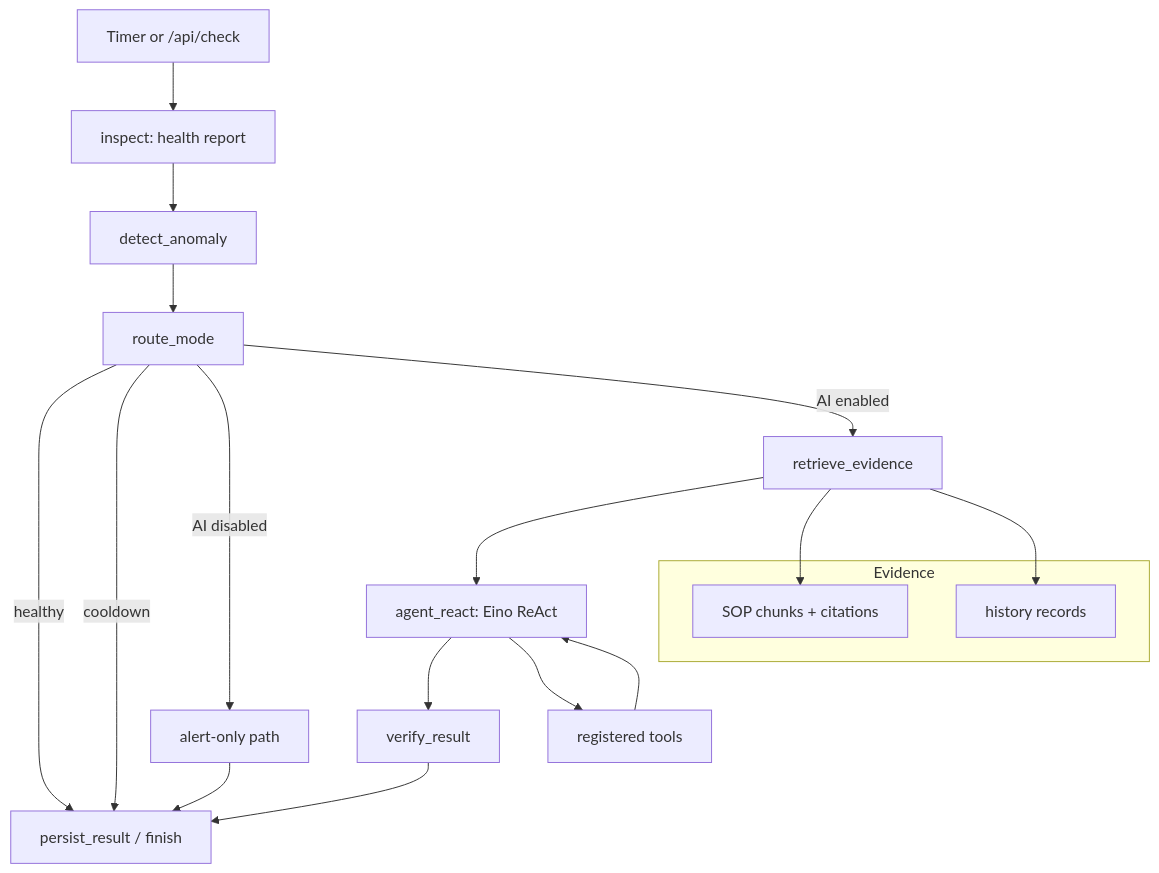
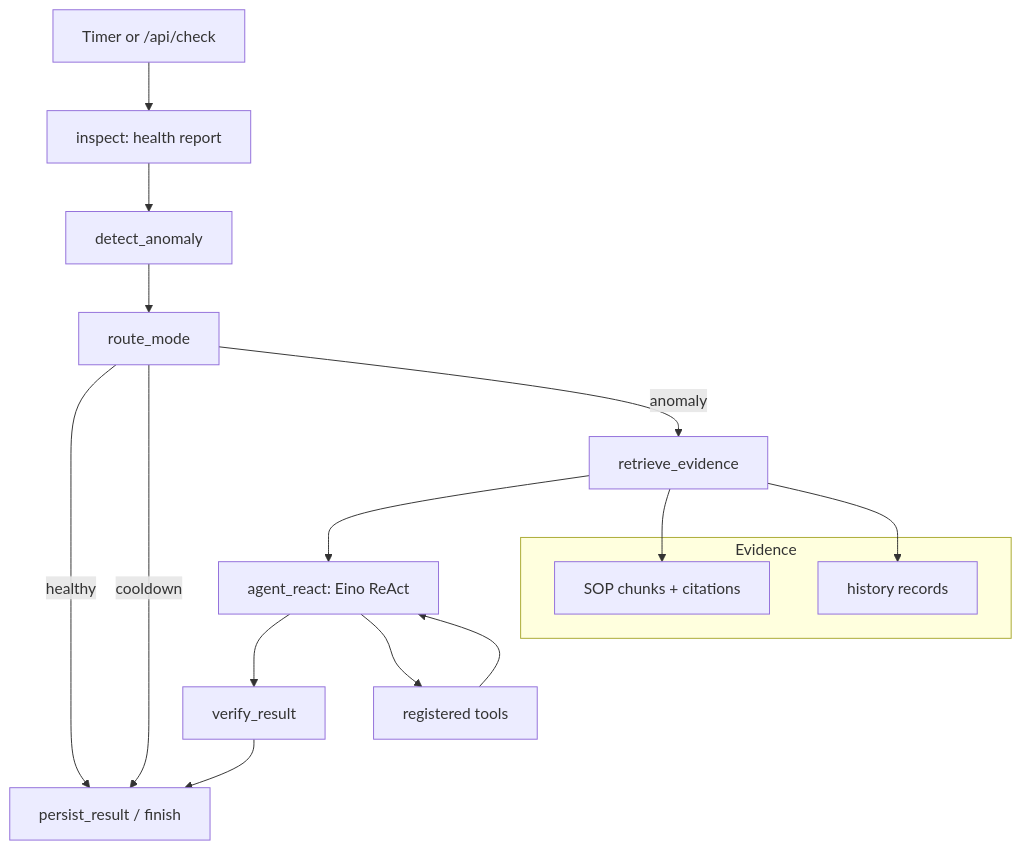
One commit to lyx516/SysGuard changed the diagram in README.md. Above: the diagram before and after it, drawn with Mermaid. The commit also changed other lines of this file and 14 other files, not shown here.

````diff
--- a/README.md
+++ b/README.md
@@ -88,25 +88,23 @@
 ```mermaid
 flowchart TD
     A["Timer or /api/check"] --> B["inspect: health report"]
     B --> C["detect_anomaly"]
     C --> D["route_mode"]
     D -->|healthy| H["persist_result / finish"]
     D -->|cooldown| H
-    D -->|AI disabled| I["alert-only path"]
-    I --> H
-    D -->|AI enabled| E["retrieve_evidence"]
+    D -->|anomaly| E["retrieve_evidence"]
     E --> F["agent_react: Eino ReAct"]
     F --> G["verify_result"]
     G --> H
 
     F --> T["registered tools"]
     T --> F
 
     subgraph Evidence
       KB["SOP chunks + citations"]
       Hist["history records"]
     end
 
     E --> KB
     E --> Hist
 ```
````
